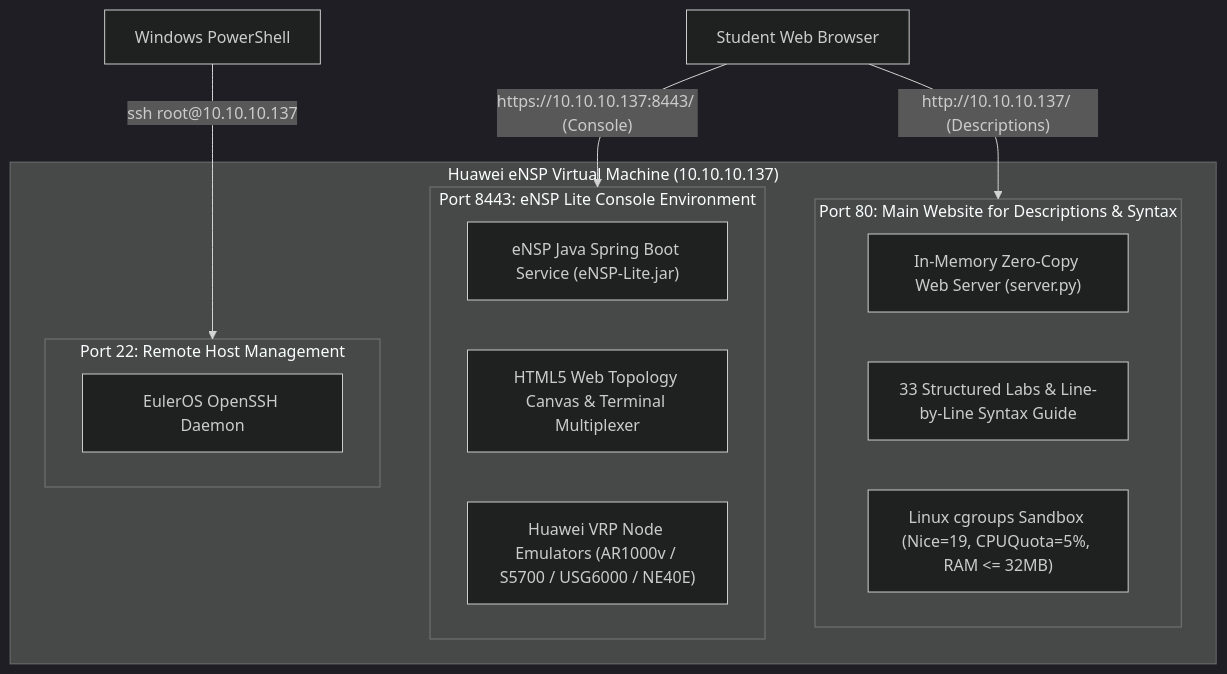
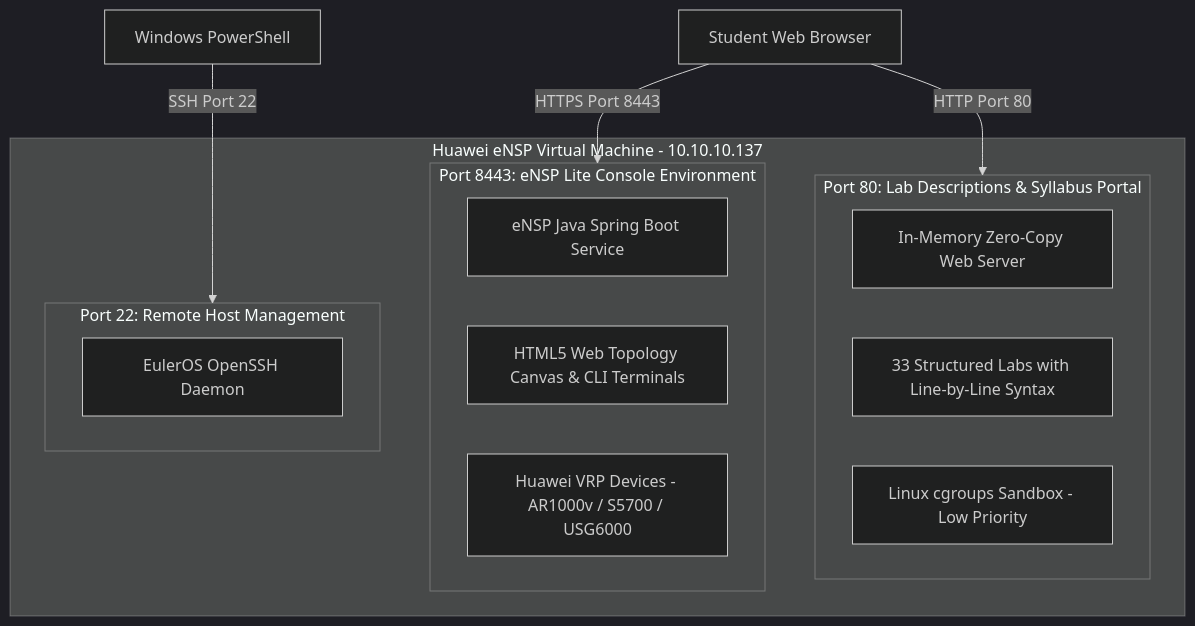
The first of 2 diagrams in README.md (RaniloJohn/Huawei-ENSP-COESS), drawn with Mermaid (dark theme) before and after one commit. The commit also changed other lines of this file and 1 other file, not shown here.

Commit message:
fix: GitHub-compliant Mermaid flowchart and sequence diagram syntax

````diff
--- a/README.md
+++ b/README.md
@@ -20,24 +20,24 @@
 ```mermaid
-graph TD
-    subgraph VM_Environment ["Huawei eNSP Virtual Machine (10.10.10.137)"]
-        subgraph Port_80 ["Port 80: Main Website for Descriptions & Syntax"]
-            PortalServer["In-Memory Zero-Copy Web Server (server.py)"]
-            PortalData["33 Structured Labs & Line-by-Line Syntax Guide"]
-            Cgroups["Linux cgroups Sandbox (Nice=19, CPUQuota=5%, RAM <= 32MB)"]
+flowchart TD
+    subgraph VM["Huawei eNSP Virtual Machine - 10.10.10.137"]
+        subgraph P80["Port 80: Lab Descriptions & Syllabus Portal"]
+            Server["In-Memory Zero-Copy Web Server"]
+            Dataset["33 Structured Labs with Line-by-Line Syntax"]
+            Sandbox["Linux cgroups Sandbox - Low Priority"]
         end
 
-        subgraph Port_8443 ["Port 8443: eNSP Lite Console Environment"]
-            SpringEngine["eNSP Java Spring Boot Service (eNSP-Lite.jar)"]
-            TopoCanvas["HTML5 Web Topology Canvas & Terminal Multiplexer"]
-            VRPNodes["Huawei VRP Node Emulators (AR1000v / S5700 / USG6000 / NE40E)"]
+        subgraph P8443["Port 8443: eNSP Lite Console Environment"]
+            Engine["eNSP Java Spring Boot Service"]
+            Canvas["HTML5 Web Topology Canvas & CLI Terminals"]
+            Nodes["Huawei VRP Devices - AR1000v / S5700 / USG6000"]
         end
 
-        subgraph Port_22 ["Port 22: Remote Host Management"]
-            OpenSSH["EulerOS OpenSSH Daemon"]
+        subgraph P22["Port 22: Remote Host Management"]
+            SSH["EulerOS OpenSSH Daemon"]
         end
     end
 
-    StudentBrowser["Student Web Browser"] -->|"http://10.10.10.137/ (Descriptions)"| Port_80
-    StudentBrowser -->|"https://10.10.10.137:8443/ (Console)"| Port_8443
-    PowerShellClient["Windows PowerShell"] -->|"ssh root@10.10.10.137"| Port_22
+    Browser["Student Web Browser"] -->|"HTTP Port 80"| P80
+    Browser -->|"HTTPS Port 8443"| P8443
+    Terminal["Windows PowerShell"] -->|"SSH Port 22"| P22
 ```
````
